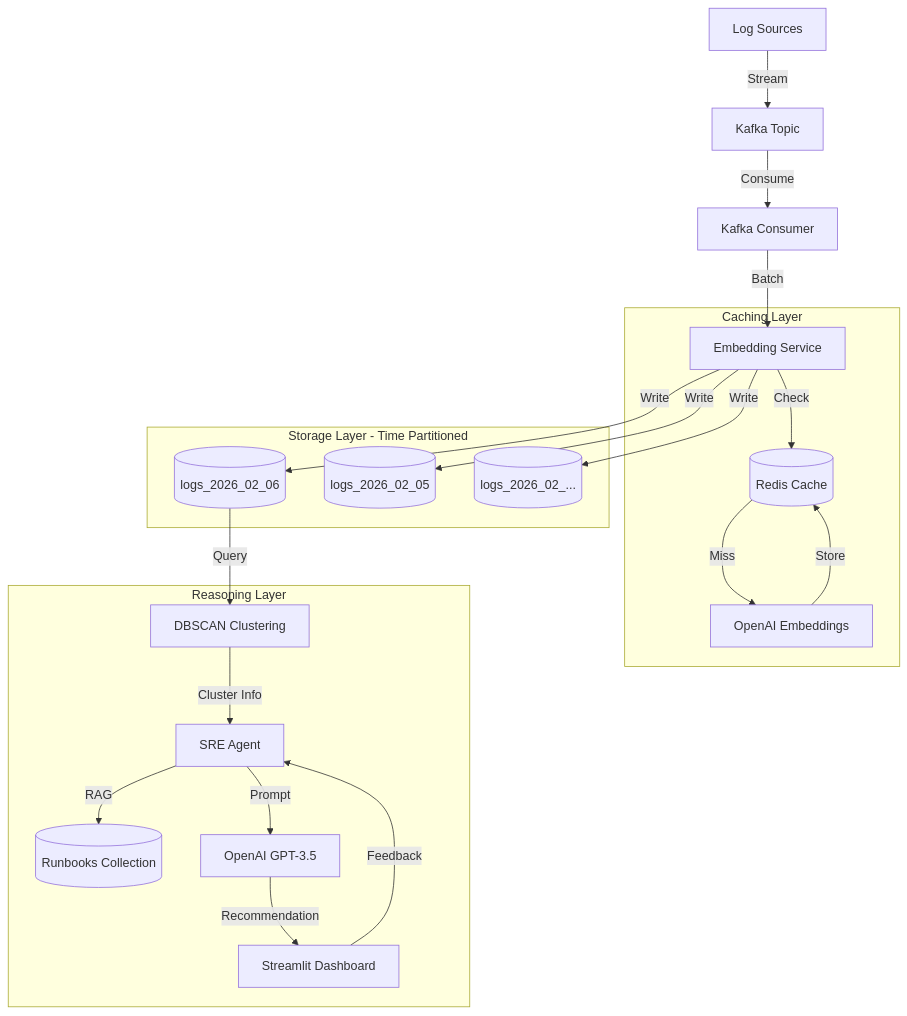
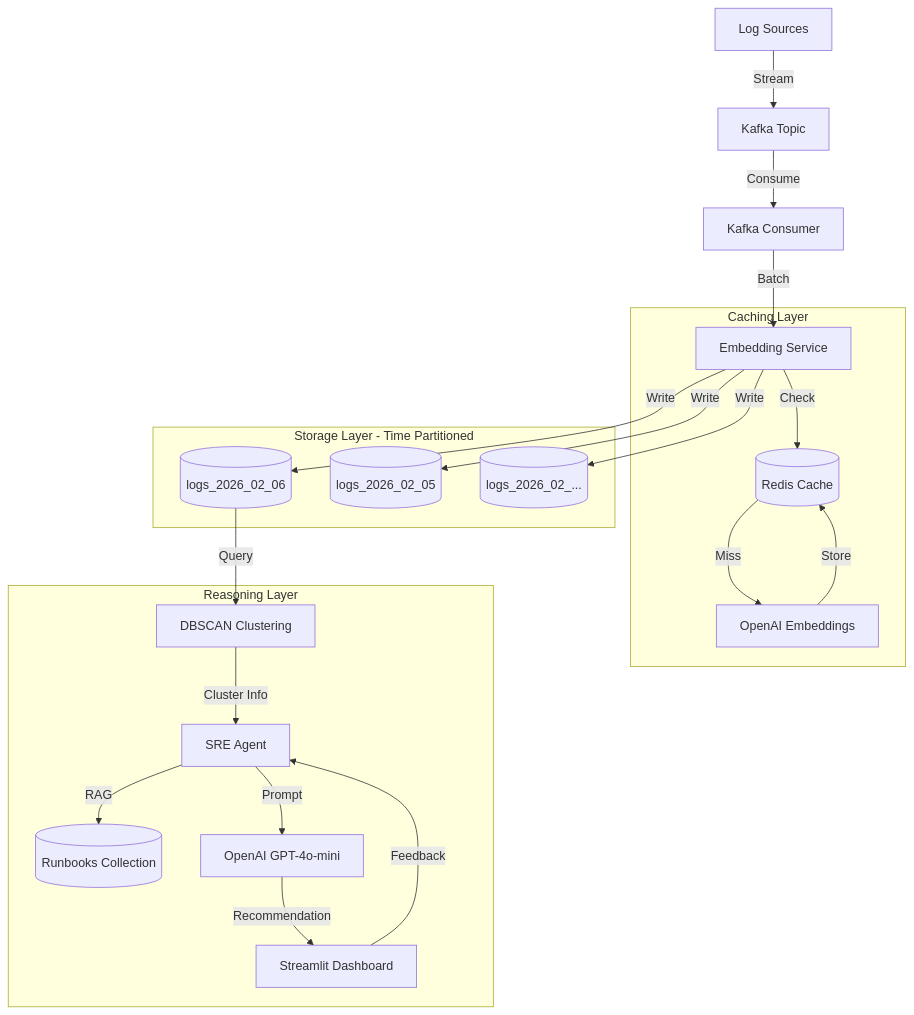
Before and after one commit to sanjibani/autonomous-sre-agent: the diagram in README.md, drawn with Mermaid. The commit also changed other lines of this file and 1 other file, not shown here.

Commit message:
Upgrade default model to GPT-4o-mini

````diff
--- a/README.md
+++ b/README.md
@@ -24,28 +24,28 @@
 ```mermaid
 graph TD
     Logs[Log Sources] -->|Stream| Kafka[Kafka Topic]
     Kafka -->|Consume| Consumer[Kafka Consumer]
     Consumer -->|Batch| Embed[Embedding Service]
     
     subgraph "Caching Layer"
         Embed -->|Check| Redis[(Redis Cache)]
         Redis -->|Miss| OpenAI[OpenAI Embeddings]
         OpenAI -->|Store| Redis
     end
     
     subgraph "Storage Layer - Time Partitioned"
         Embed -->|Write| Today[(logs_2026_02_06)]
         Embed -->|Write| Yesterday[(logs_2026_02_05)]
         Embed -->|Write| Older[(logs_2026_02_...)]
     end
     
     subgraph "Reasoning Layer"
         Today -->|Query| Clustering[DBSCAN Clustering]
         Clustering -->|Cluster Info| Agent[SRE Agent]
         Agent -->|RAG| Runbooks[(Runbooks Collection)]
-        Agent -->|Prompt| GPT[OpenAI GPT-3.5]
+        Agent -->|Prompt| GPT[OpenAI GPT-4o-mini]
         GPT -->|Recommendation| Dashboard[Streamlit Dashboard]
     end
     
     Dashboard -->|Feedback| Agent
 ```
````
